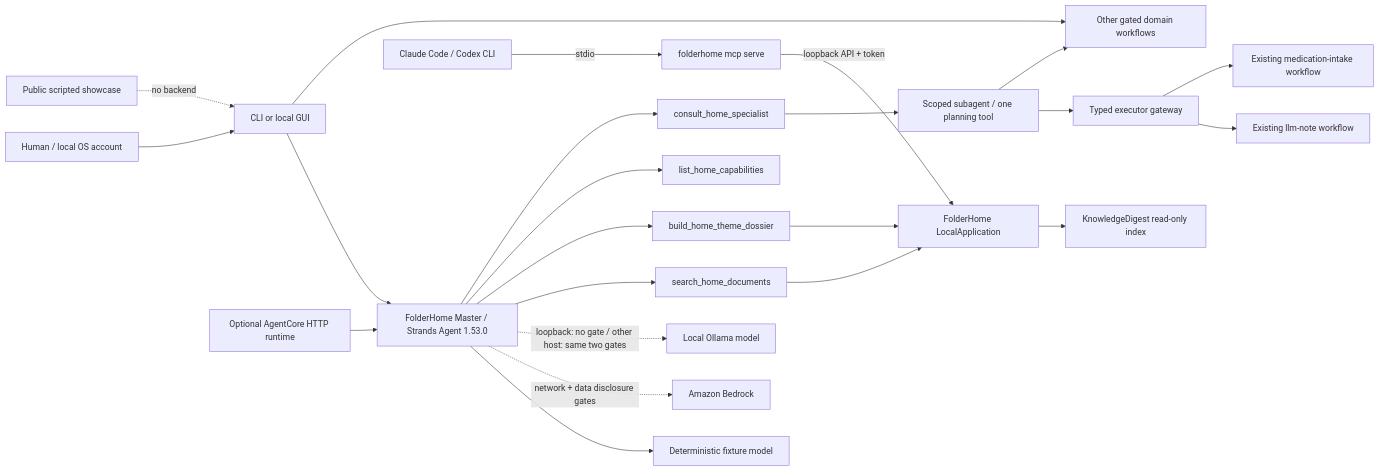
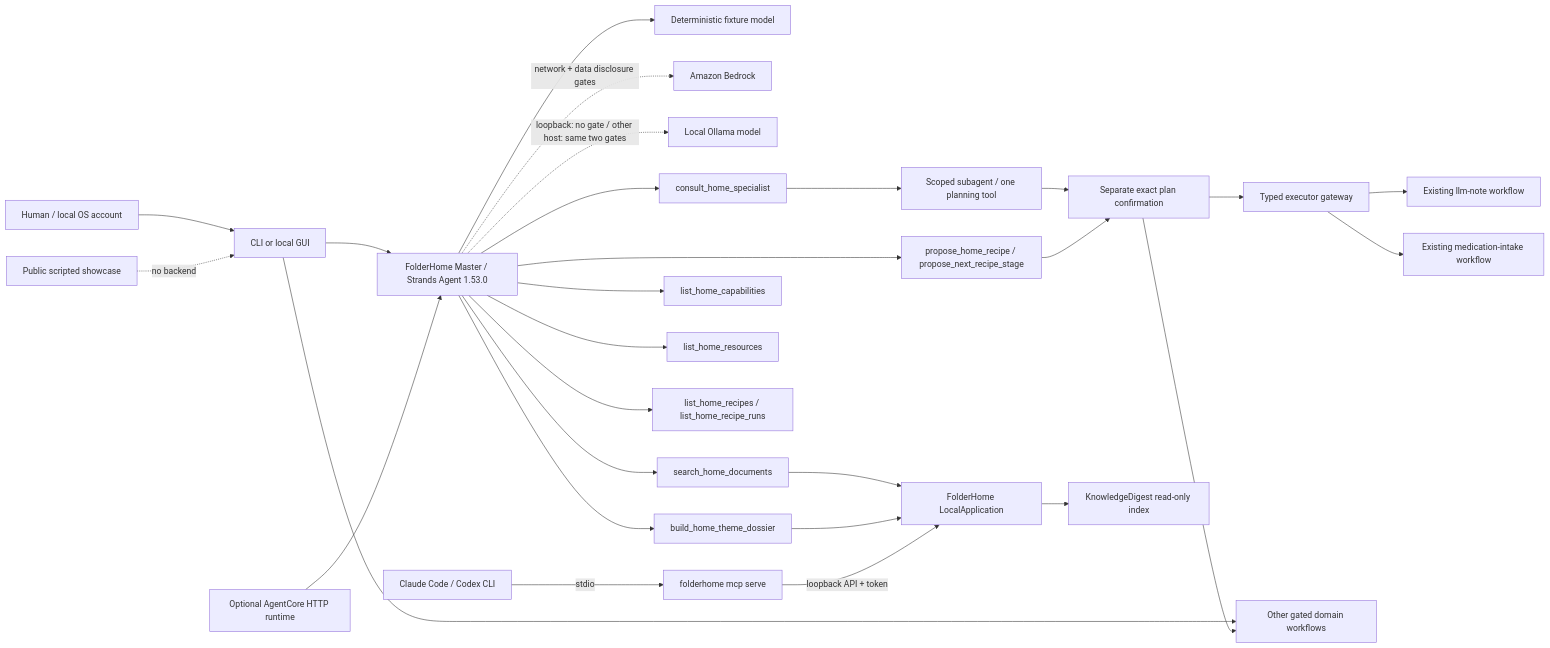
Before and after one commit to ellmos-ai/FolderHome: the diagram in README.md, drawn with Mermaid. The commit also changed other lines of this file and 8 other files, not shown here.

Commit message:
docs: align product architecture with staged recipes and gated connectors

````diff
--- a/README.md
+++ b/README.md
@@ -103,25 +103,30 @@
 ```mermaid
 flowchart LR
   H[Human / local OS account] --> UI[CLI or local GUI]
   UI --> A[FolderHome Master / Strands Agent 1.53.0]
   PUB[Public scripted showcase] -. no backend .-> UI
   AC[Optional AgentCore HTTP runtime] --> A
   A --> F[Deterministic fixture model]
   A -. network + data disclosure gates .-> B[Amazon Bedrock]
   A -. loopback: no gate / other host: same two gates .-> O[Local Ollama model]
   A --> S[search_home_documents]
   A --> D[build_home_theme_dossier]
   A --> C[list_home_capabilities]
+  A --> Resources[list_home_resources]
+  A --> Recipes[list_home_recipes / list_home_recipe_runs]
+  A --> RecipePlan[propose_home_recipe / propose_next_recipe_stage]
   A --> X[consult_home_specialist]
   X --> P[Scoped subagent / one planning tool]
-  P --> E[Typed executor gateway]
+  P --> Review[Separate exact plan confirmation]
+  RecipePlan --> Review
+  Review --> E[Typed executor gateway]
   E --> N[Existing llm-note workflow]
   E --> M[Existing medication-intake workflow]
   S --> L[FolderHome LocalApplication]
   D --> L
   L --> K[KnowledgeDigest read-only index]
   MCP[Claude Code / Codex CLI] -- stdio --> PX[folderhome mcp serve]
   PX -- loopback API + token --> L
   UI --> W[Other gated domain workflows]
-  P --> W
+  Review --> W
 ```
````
